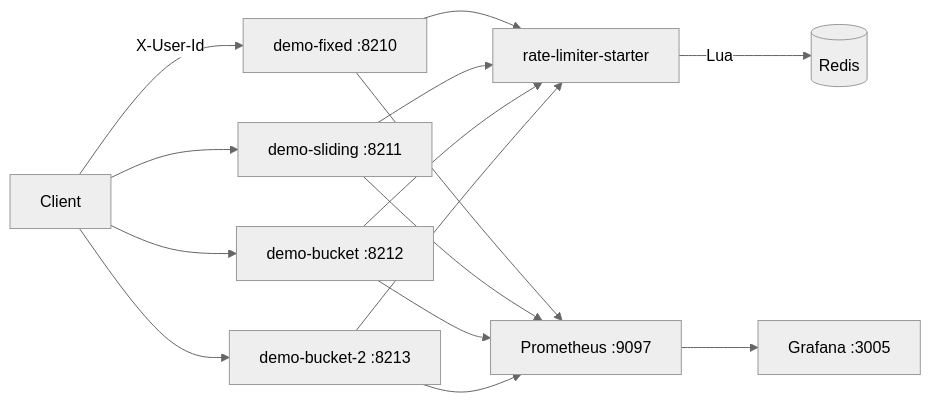
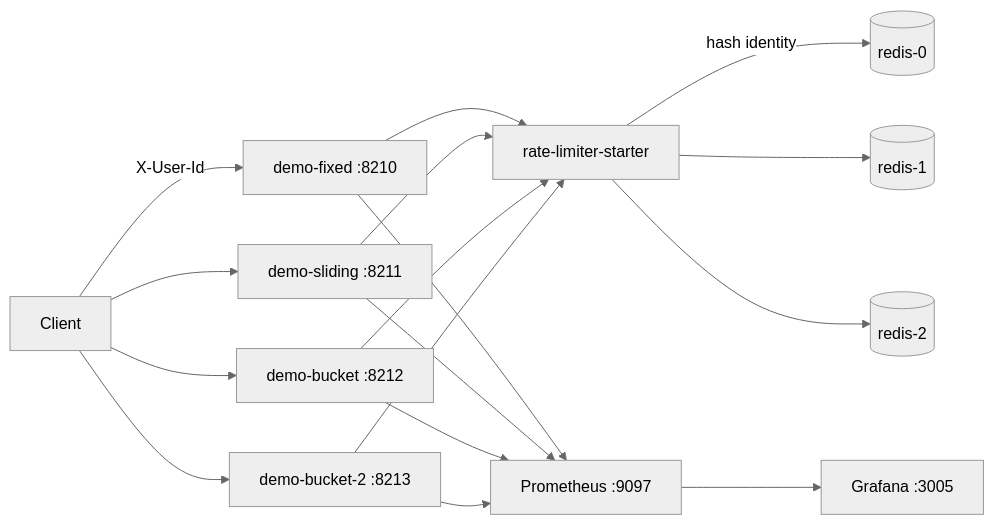
Before and after one commit to AndrewVerenich/distributed-backend-platform: the diagram in server-rate-limiter/README.md, drawn with Mermaid (neutral theme). The commit also changed other lines of this file and 26 other files, not shown here.

````diff
--- a/server-rate-limiter/README.md
+++ b/server-rate-limiter/README.md
@@ -19,17 +19,19 @@
 ```mermaid
 flowchart LR
   Client -->|X-User-Id| Fixed[demo-fixed :8210]
   Client --> Sliding[demo-sliding :8211]
   Client --> Bucket[demo-bucket :8212]
   Client --> Bucket2[demo-bucket-2 :8213]
   Fixed --> Starter[rate-limiter-starter]
   Sliding --> Starter
   Bucket --> Starter
   Bucket2 --> Starter
-  Starter -->|Lua| Redis[(Redis)]
+  Starter -->|hash identity| R0[(redis-0)]
+  Starter --> R1[(redis-1)]
+  Starter --> R2[(redis-2)]
   Fixed --> Prom[Prometheus :9097]
   Sliding --> Prom
   Bucket --> Prom
   Bucket2 --> Prom
   Prom --> Grafana[Grafana :3005]
 ```
````
